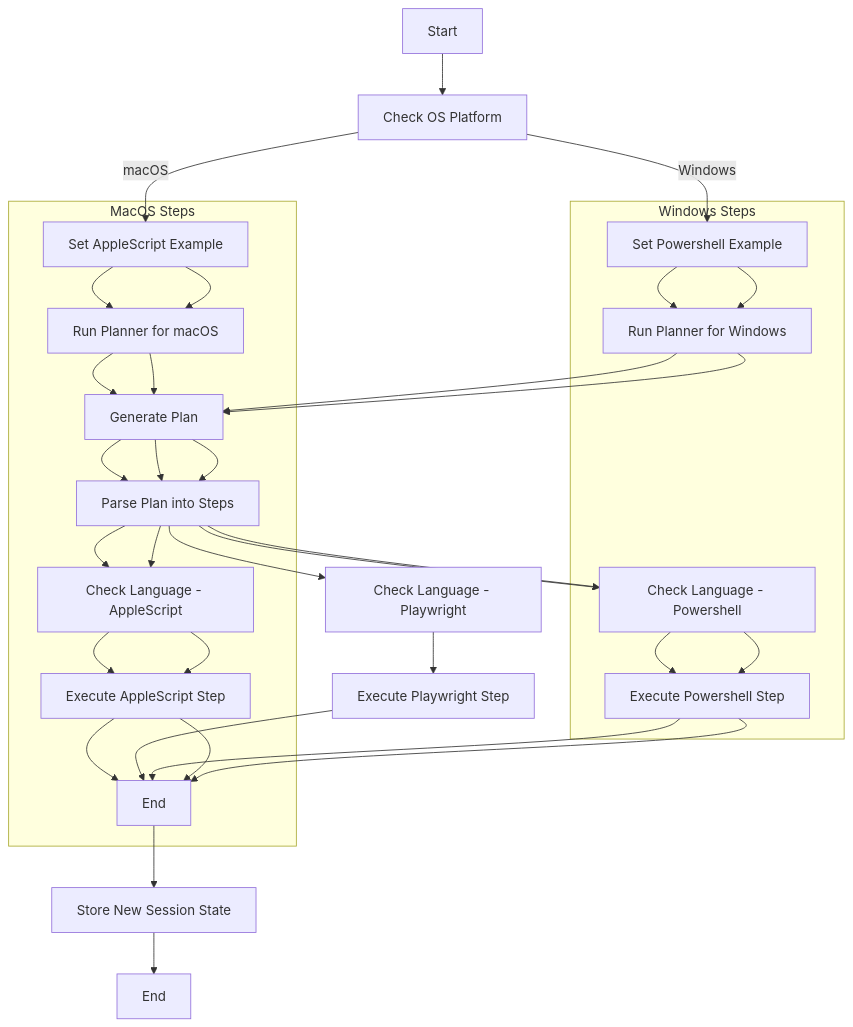
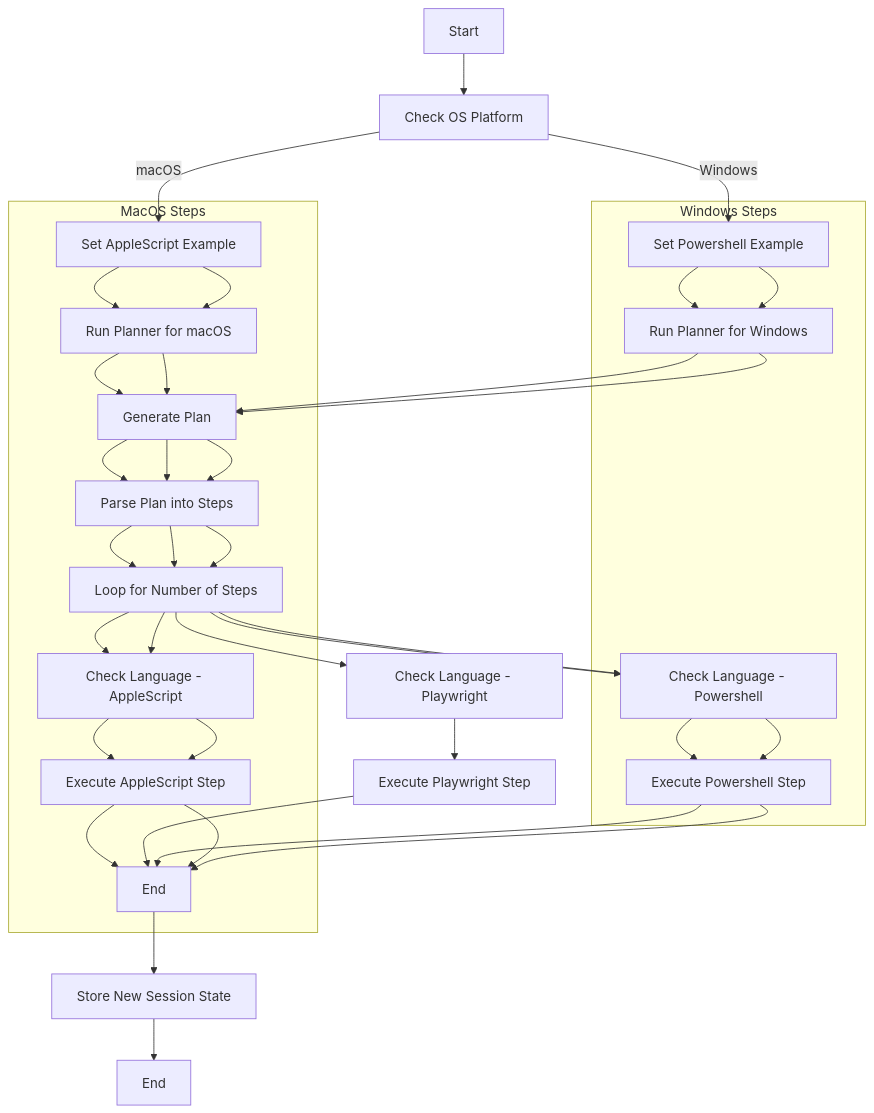
One commit to ChainedTears/Agent-SURF changed the diagram in README.md. Above: the diagram before and after it, drawn with Mermaid.

````diff
--- a/README.md
+++ b/README.md
@@ -42,40 +42,44 @@
 ```mermaid
 graph TD
     A[Start] --> B[Check OS Platform]
     B -->|macOS| C[Set AppleScript Example]
     B -->|Windows| D[Set Powershell Example]
     C --> E[Run Planner for macOS]
     D --> F[Run Planner for Windows]
     E --> G[Generate Plan]
     F --> G
     G --> H[Parse Plan into Steps]
-    H --> I[Check Language - AppleScript]
-    I --> J[Execute AppleScript Step]
-    H --> K[Check Language - Playwright]
-    K --> L[Execute Playwright Step]
-    H --> M[Check Language - Powershell]
-    M --> N[Execute Powershell Step]
-    J --> O[End]
-    L --> O
-    N --> O
-    O --> P[Store New Session State]
-    P --> Q[End]
+    H --> I[Loop for Number of Steps]
+    I --> J[Check Language - AppleScript]
+    J --> K[Execute AppleScript Step]
+    I --> L[Check Language - Playwright]
+    L --> M[Execute Playwright Step]
+    I --> N[Check Language - Powershell]
+    N --> O[Execute Powershell Step]
+    K --> P[End]
+    M --> P
+    O --> P
+    P --> Q[Store New Session State]
+    Q --> R[End]
 
     subgraph MacOS Steps
         C --> E
         E --> G
         G --> H
         H --> I
         I --> J
-        J --> O
+        J --> K
+        K --> P
     end
 
     subgraph Windows Steps
         D --> F
         F --> G
         G --> H
-        H --> M
-        M --> N
+        H --> I
+        I --> N
         N --> O
+        O --> P
     end
+
 ```
````
